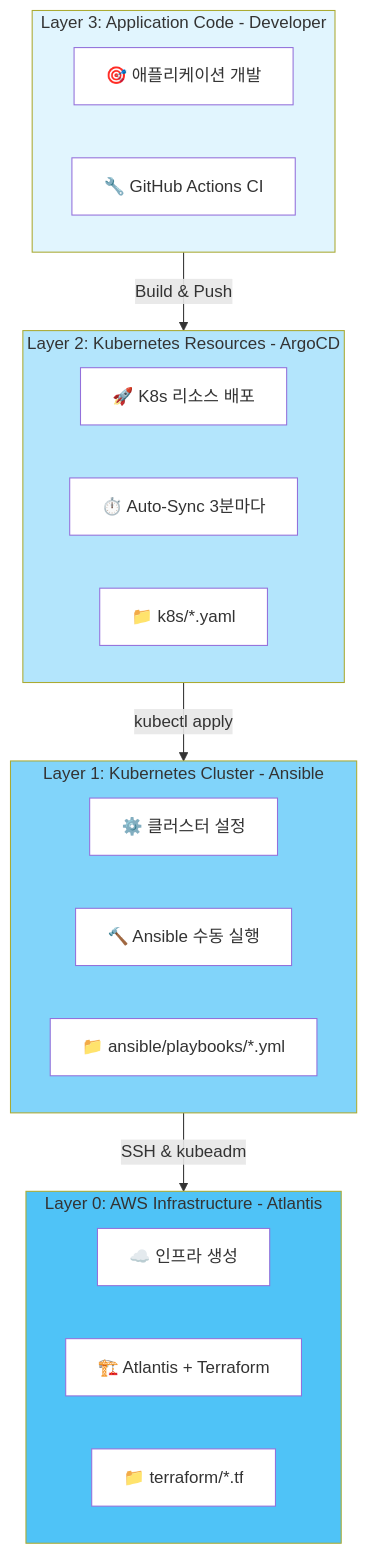
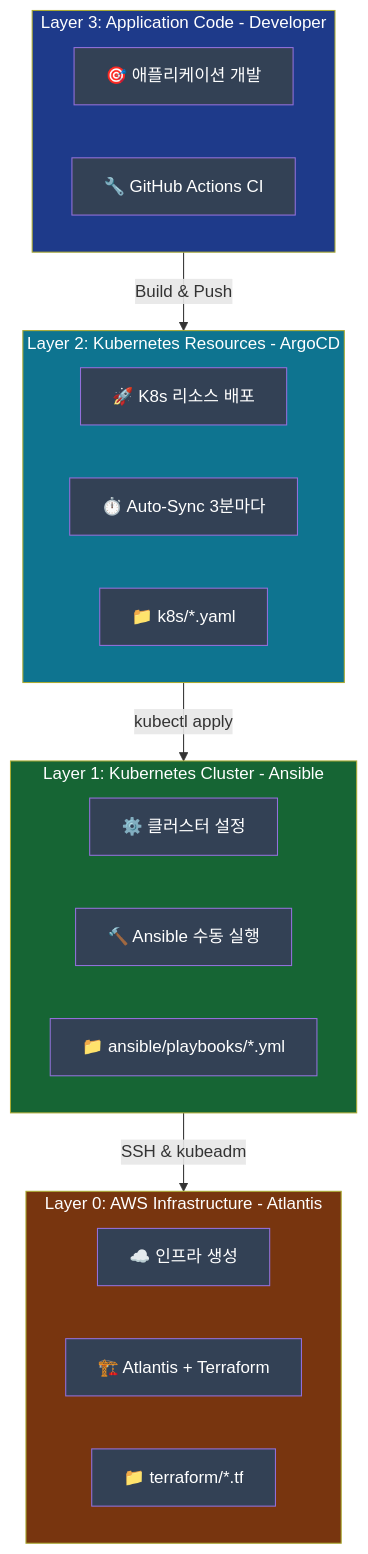
Before and after one commit to SeSACTHON/backend: the fourth of 5 diagrams in README.md, drawn with Mermaid. The commit also changed other lines of this file and 24 other files, not shown here.

````diff
--- a/README.md
+++ b/README.md
@@ -286,47 +286,47 @@
 ```mermaid
 graph TB
     subgraph Layer3["Layer 3: Application Code - Developer"]
         L3A["🎯 애플리케이션 개발"]
         L3B["🔧 GitHub Actions CI"]
     end
     
     Layer3 -->|Build & Push| Layer2
     
     subgraph Layer2["Layer 2: Kubernetes Resources - ArgoCD"]
         L2A["🚀 K8s 리소스 배포"]
         L2B["⏱️ Auto-Sync 3분마다"]
         L2C["📁 k8s/*.yaml"]
     end
     
     Layer2 -->|kubectl apply| Layer1
     
     subgraph Layer1["Layer 1: Kubernetes Cluster - Ansible"]
         L1A["⚙️ 클러스터 설정"]
         L1B["🔨 Ansible 수동 실행"]
         L1C["📁 ansible/playbooks/*.yml"]
     end
     
     Layer1 -->|SSH & kubeadm| Layer0
     
     subgraph Layer0["Layer 0: AWS Infrastructure - Atlantis"]
         L0A["☁️ 인프라 생성"]
         L0B["🏗️ Atlantis + Terraform"]
         L0C["📁 terraform/*.tf"]
     end
     
-    style Layer3 fill:#e1f5fe
-    style Layer2 fill:#b3e5fc
-    style Layer1 fill:#81d4fa
-    style Layer0 fill:#4fc3f7
-    style L3A fill:#fff
-    style L3B fill:#fff
-    style L2A fill:#fff
-    style L2B fill:#fff
-    style L2C fill:#fff
-    style L1A fill:#fff
-    style L1B fill:#fff
-    style L1C fill:#fff
-    style L0A fill:#fff
-    style L0B fill:#fff
-    style L0C fill:#fff
+    style Layer3 fill:#1e3a8a,color:#fff
+    style Layer2 fill:#0e7490,color:#fff
+    style Layer1 fill:#166534,color:#fff
+    style Layer0 fill:#78350f,color:#fff
+    style L3A fill:#334155,color:#fff
+    style L3B fill:#334155,color:#fff
+    style L2A fill:#334155,color:#fff
+    style L2B fill:#334155,color:#fff
+    style L2C fill:#334155,color:#fff
+    style L1A fill:#334155,color:#fff
+    style L1B fill:#334155,color:#fff
+    style L1C fill:#334155,color:#fff
+    style L0A fill:#334155,color:#fff
+    style L0B fill:#334155,color:#fff
+    style L0C fill:#334155,color:#fff
 ```
````
